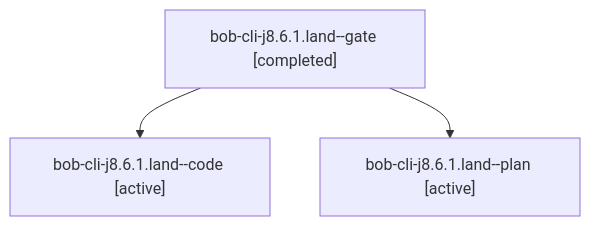
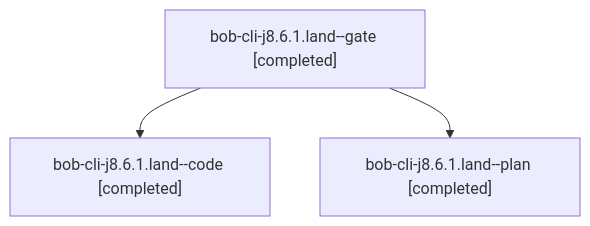
The diagram in sessions/bbugyi200.apollo.bob-cli-j8.6.1.land.md (bobs-org/bob-cli--agents), drawn with Mermaid before and after one commit. The commit also changed other lines of this file and 49 other files, not shown here.

````diff
--- a/sessions/bbugyi200.apollo.bob-cli-j8.6.1.land.md
+++ b/sessions/bbugyi200.apollo.bob-cli-j8.6.1.land.md
@@ -9,8 +9,8 @@
 ```mermaid
 flowchart TD
   n0["bob-cli-j8.6.1.land--gate [completed]"]
-  n1["bob-cli-j8.6.1.land--code [active]"]
+  n1["bob-cli-j8.6.1.land--code [completed]"]
   n0 --> n1
-  n2["bob-cli-j8.6.1.land--plan [active]"]
+  n2["bob-cli-j8.6.1.land--plan [completed]"]
   n0 --> n2
 ```
````
